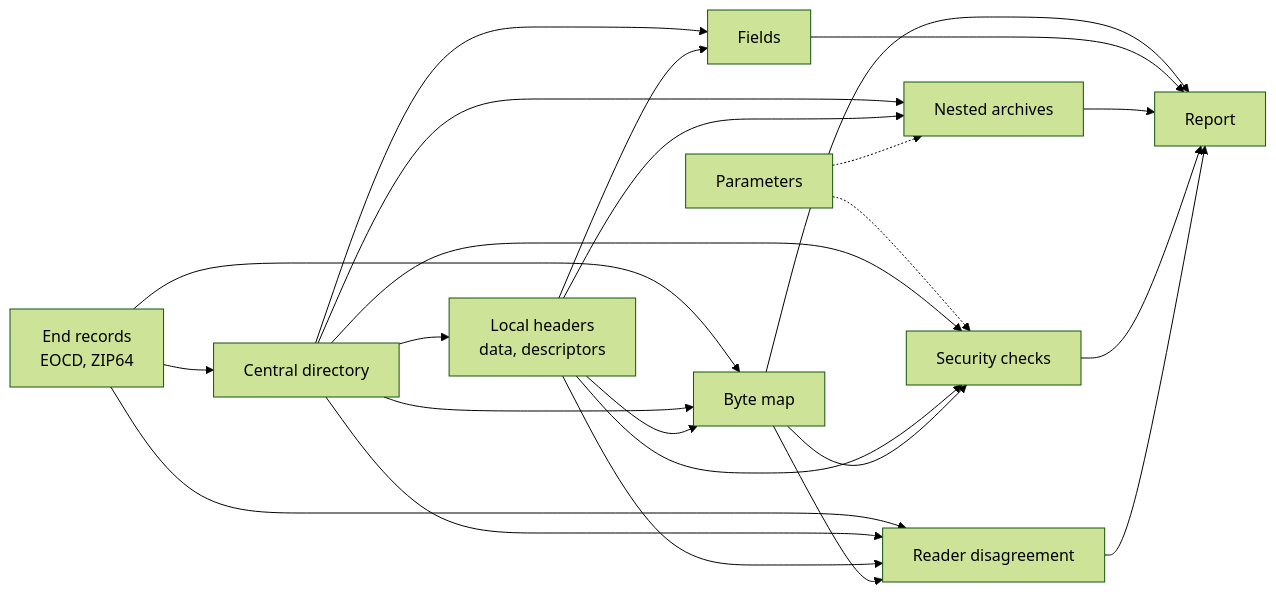
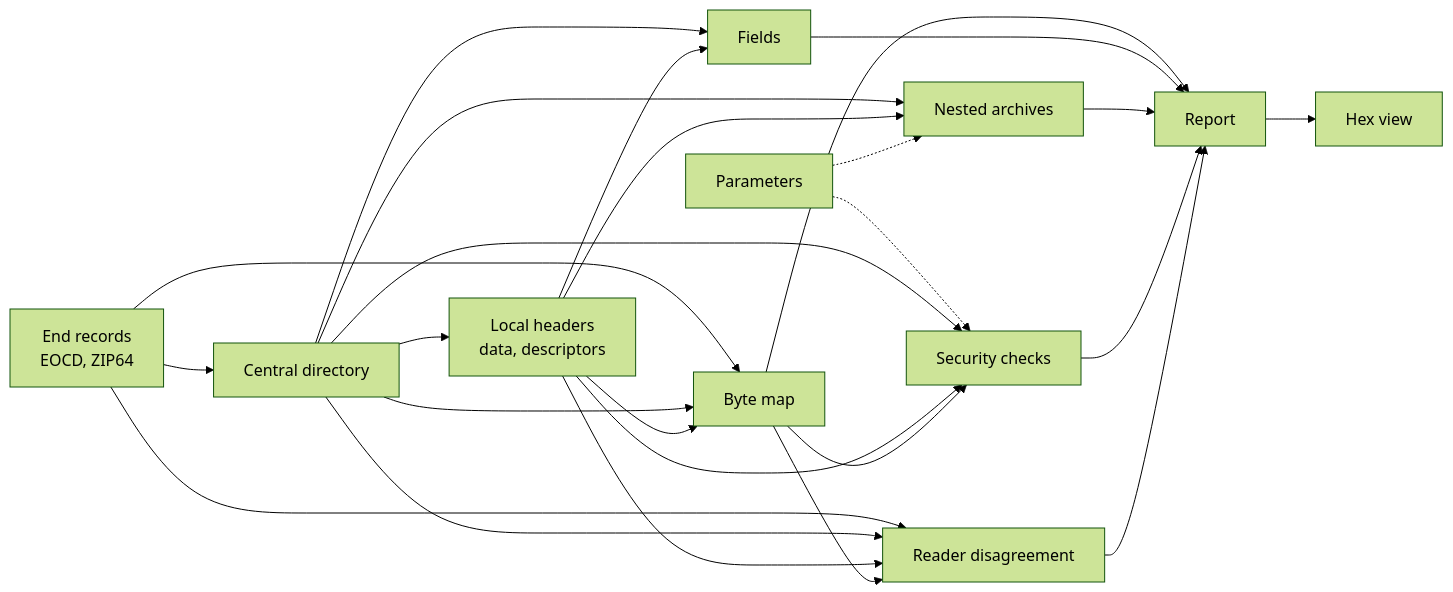
The diagram in docs/reference/zip/README.md (photom/benchside), drawn with Mermaid (forest theme) before and after one commit. The commit also changed other lines of this file and 23 other files, not shown here.

Commit message:
Add the ZIP hex view of records and fields (#7)

````diff
--- a/docs/reference/zip/README.md
+++ b/docs/reference/zip/README.md
@@ -11,12 +11,13 @@
 ```mermaid
 flowchart LR
   end_["End records<br/>EOCD, ZIP64"] --> cd[Central directory]
   cd --> local[Local headers<br/>data, descriptors]
   end_ & cd & local --> map[Byte map]
   cd & local --> fields[Fields]
   cd & local --> nested[Nested archives]
   params[Parameters] -.-> nested & sec
   cd & local & map --> sec[Security checks]
   end_ & cd & local & map --> rd[Reader disagreement]
   map & fields & nested & sec & rd --> report[Report]
+  report --> hex[Hex view]
 ```
````
